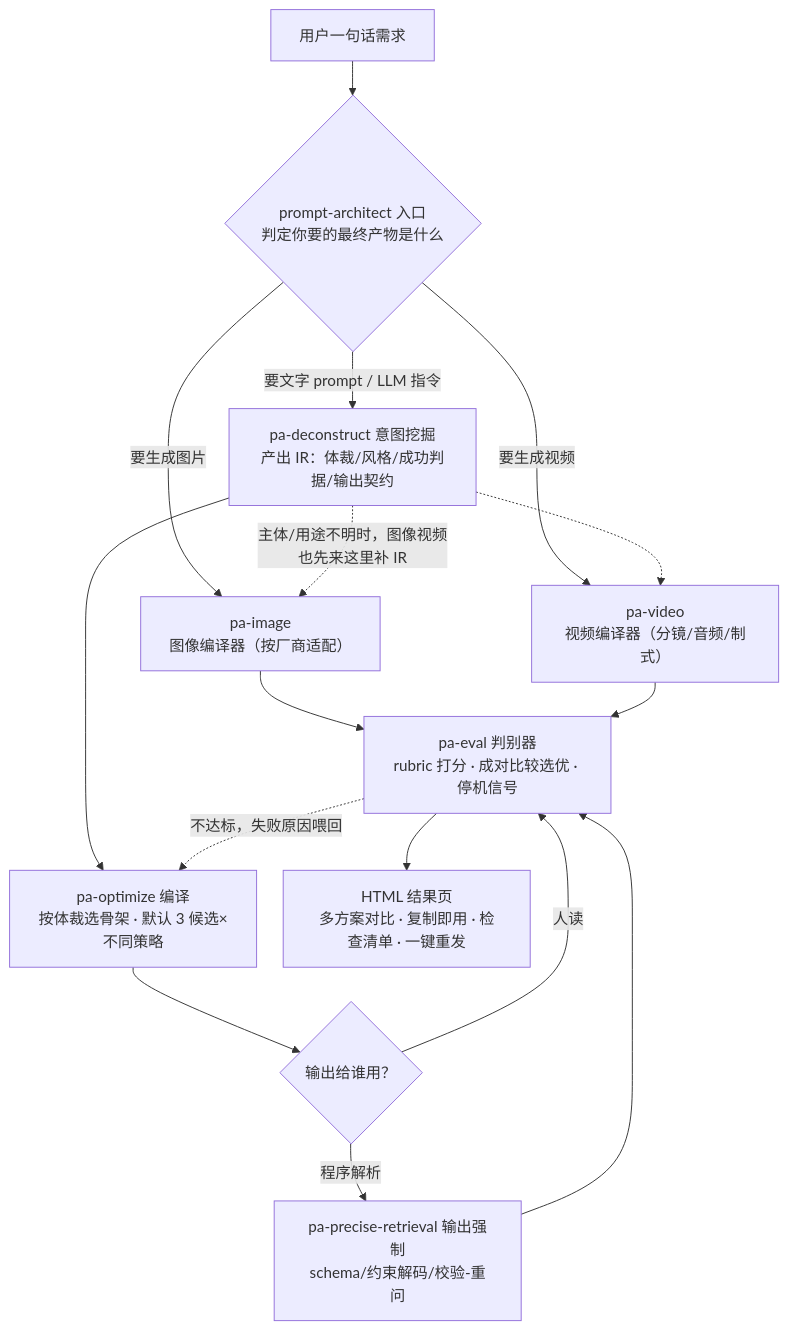
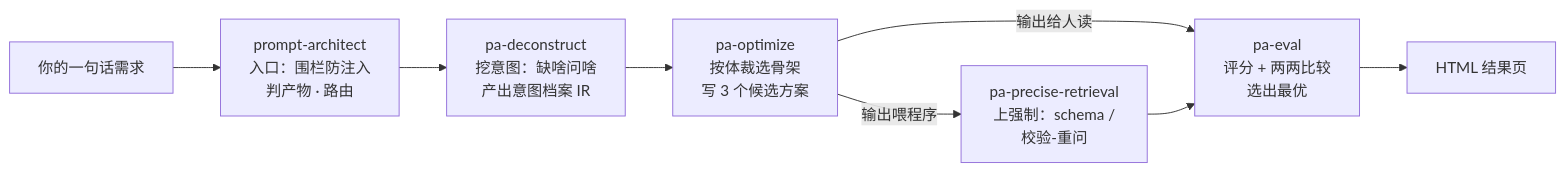
One commit to Cy4nLiang/prompt-architect changed the first of 3 diagrams in README.md. Above: the diagram before and after it, drawn with Mermaid. The commit also changed other lines of this file, not shown here.

Commit message:
docs: 流程图拆为三条横向小图（文字主线/图像视频线/迭代闭环），每节点标注 skill 作用

````diff
--- a/README.md
+++ b/README.md
@@ -130,18 +134,9 @@
 ```mermaid
-%%{init: {"flowchart": {"nodeSpacing": 28, "rankSpacing": 36}}}%%
-flowchart TD
-    A["用户一句话需求"] --> B{"prompt-architect 入口<br/>判定你要的最终产物是什么"}
-    B -->|要生成图片| I["pa-image<br/>图像编译器（按厂商适配）"]
-    B -->|要生成视频| V["pa-video<br/>视频编译器（分镜/音频/制式）"]
-    B -->|要文字 prompt / LLM 指令| C["pa-deconstruct 意图挖掘<br/>产出 IR：体裁/风格/成功判据/输出契约"]
-    C -.主体/用途不明时，图像视频也先来这里补 IR.-> I
-    C -.-> V
-    C --> D["pa-optimize 编译<br/>按体裁选骨架 · 默认 3 候选×不同策略"]
-    D --> E{"输出给谁用？"}
-    E -->|人读| F["pa-eval 判别器<br/>rubric 打分 · 成对比较选优 · 停机信号"]
-    E -->|程序解析| G["pa-precise-retrieval 输出强制<br/>schema/约束解码/校验-重问"] --> F
-    I --> F
-    V --> F
-    F --> H["HTML 结果页<br/>多方案对比 · 复制即用 · 检查清单 · 一键重发"]
-    F -.不达标，失败原因喂回.-> D
+flowchart LR
+    A["你的一句话需求"] --> B["prompt-architect<br/>入口：围栏防注入<br/>判产物 · 路由"]
+    B --> C["pa-deconstruct<br/>挖意图：缺啥问啥<br/>产出意图档案 IR"]
+    C --> D["pa-optimize<br/>按体裁选骨架<br/>写 3 个候选方案"]
+    D -->|输出给人读| E["pa-eval<br/>评分 + 两两比较<br/>选出最优"]
+    D -->|输出喂程序| G["pa-precise-retrieval<br/>上强制：schema /<br/>校验-重问"] --> E
+    E --> H["HTML 结果页"]
 ```
````
